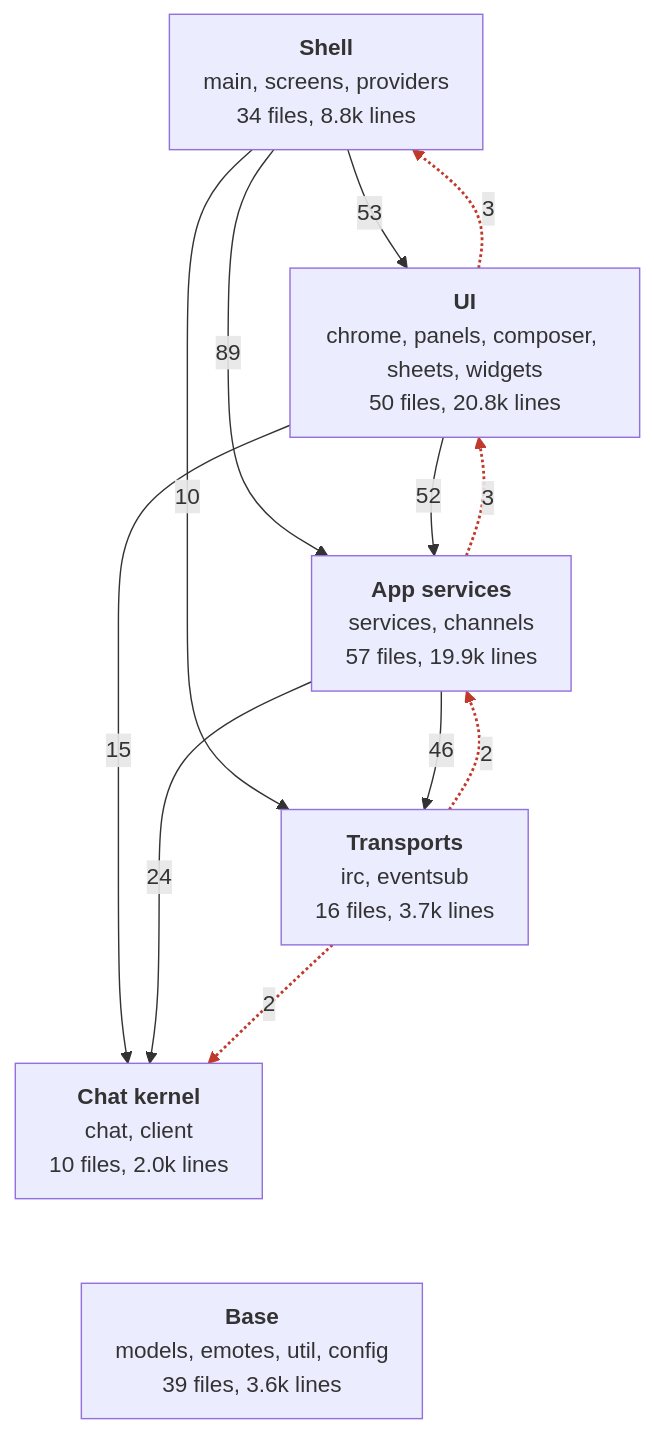
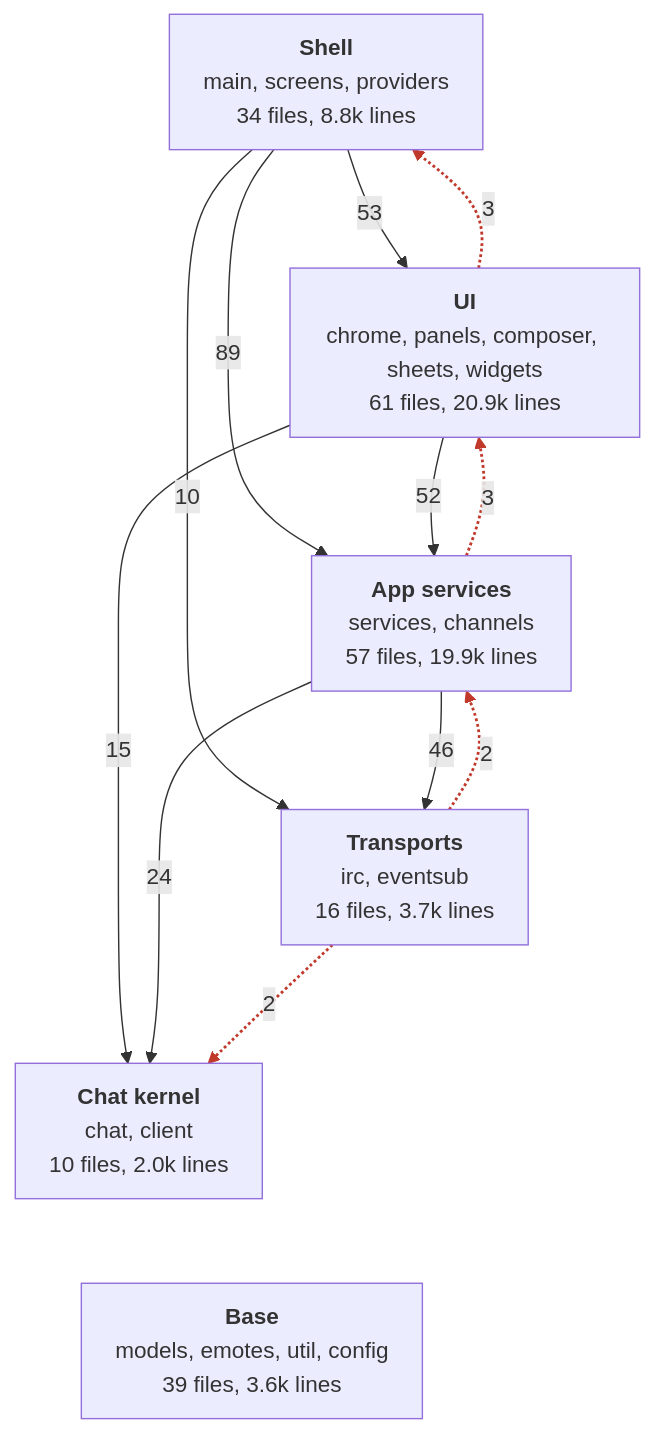
One commit to banan-guh/ErmChat changed the first of 8 diagrams in ARCHITECTURE.md. Above: the diagram before and after it, drawn with Mermaid. The commit also changed other lines of this file and 13 other files, not shown here.

````diff
--- a/ARCHITECTURE.md
+++ b/ARCHITECTURE.md
@@ -11,27 +11,27 @@
 ```mermaid
 %%{init: {"flowchart": {"nodeSpacing": 50, "rankSpacing": 60, "padding": 12}, "themeVariables": {"fontSize": "16px"}}}%%
 flowchart TD
   shell["<b>Shell</b><br/>main, screens, providers<br/>34 files, 8.8k lines"]
-  ui["<b>UI</b><br/>chrome, panels, composer, sheets, widgets<br/>50 files, 20.8k lines"]
+  ui["<b>UI</b><br/>chrome, panels, composer, sheets, widgets<br/>61 files, 20.9k lines"]
   app["<b>App services</b><br/>services, channels<br/>57 files, 19.9k lines"]
   kernel["<b>Chat kernel</b><br/>chat, client<br/>10 files, 2.0k lines"]
   transport["<b>Transports</b><br/>irc, eventsub<br/>16 files, 3.7k lines"]
   base["<b>Base</b><br/>models, emotes, util, config<br/>39 files, 3.6k lines"]
 
   shell -->|53| ui
   shell -->|89| app
   shell -->|10| transport
   ui -->|52| app
   ui -->|15| kernel
   app -->|24| kernel
   app -->|46| transport
   kernel ~~~ base
   transport ~~~ base
 
   ui -.->|3| shell
   app -.->|3| ui
   transport -.->|2| app
   transport -.->|2| kernel
 
   linkStyle 9,10,11,12 stroke:#c0392b,stroke-width:2px
 ```
````
